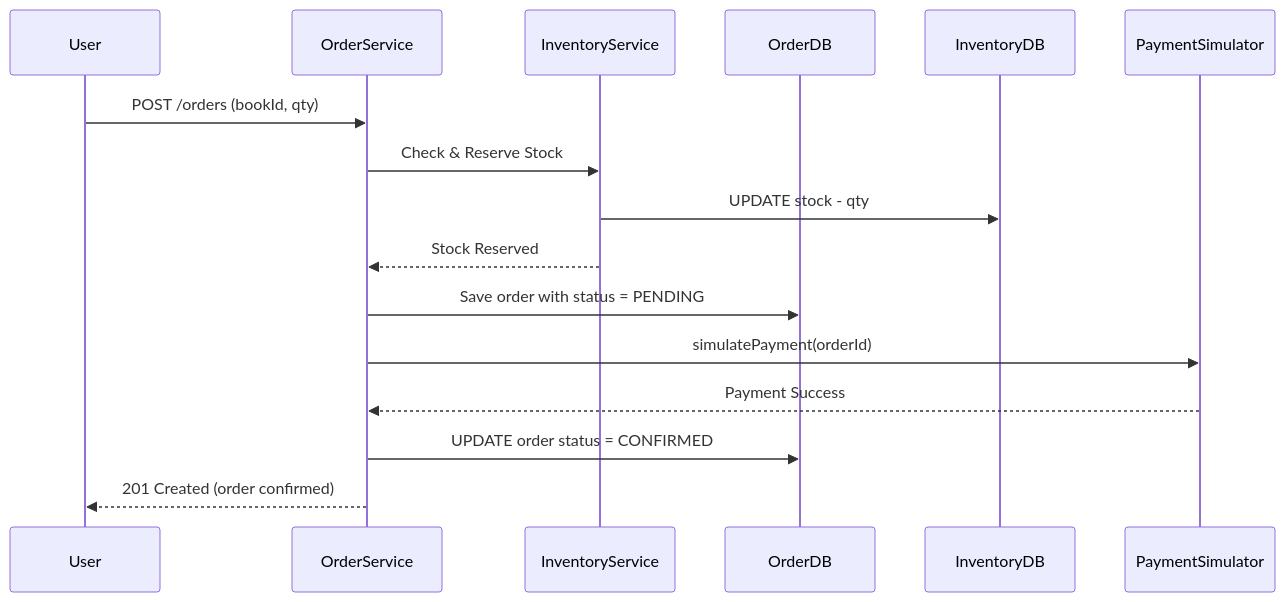
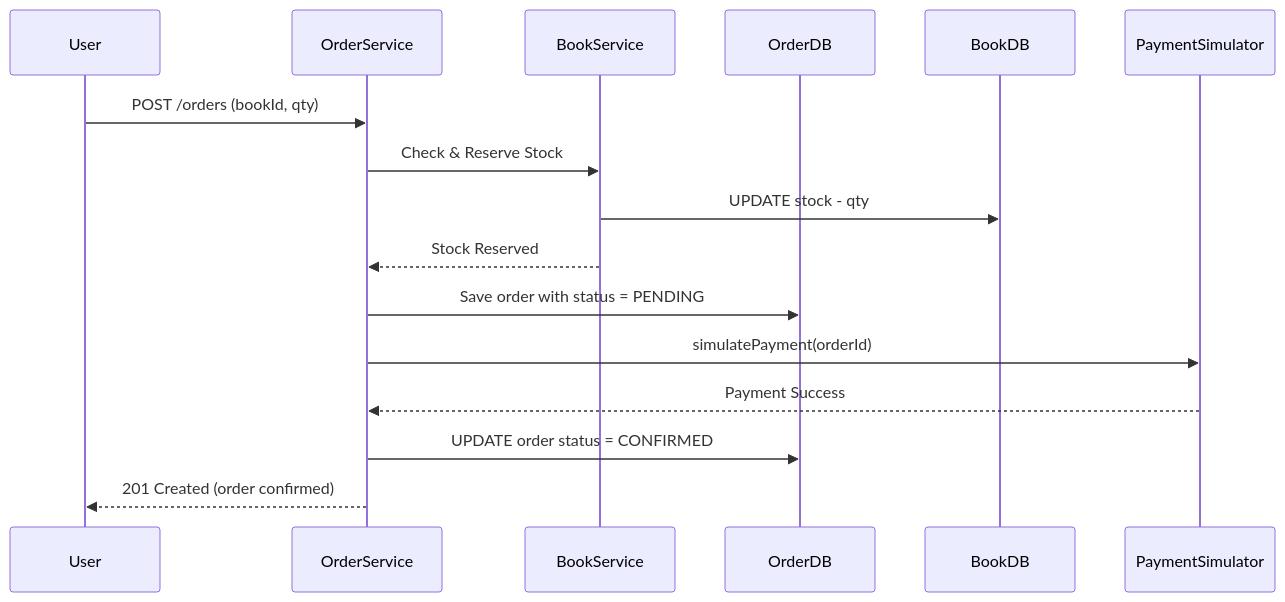
One commit to itlakshmanan/smart-documents changed the second of 3 diagrams in Readme.md. Above: the diagram before and after it, drawn with Mermaid.

Commit message:
Sequence diagram change

````diff
--- a/Readme.md
+++ b/Readme.md
@@ -113,21 +113,21 @@
 ```mermaid
 sequenceDiagram
     participant User
     participant OrderService
-    participant InventoryService
+    participant BookService
     participant OrderDB
-    participant InventoryDB
+    participant BookDB
     participant PaymentSimulator
 
     User->>OrderService: POST /orders (bookId, qty)
-    OrderService->>InventoryService: Check & Reserve Stock
-    InventoryService->>InventoryDB: UPDATE stock - qty
-    InventoryService-->>OrderService: Stock Reserved
+    OrderService->>BookService: Check & Reserve Stock
+    BookService->>BookDB: UPDATE stock - qty
+    BookService-->>OrderService: Stock Reserved
 
     OrderService->>OrderDB: Save order with status = PENDING
     OrderService->>PaymentSimulator: simulatePayment(orderId)
     PaymentSimulator-->>OrderService: Payment Success
 
     OrderService->>OrderDB: UPDATE order status = CONFIRMED
     OrderService-->>User: 201 Created (order confirmed)
 ```
````
